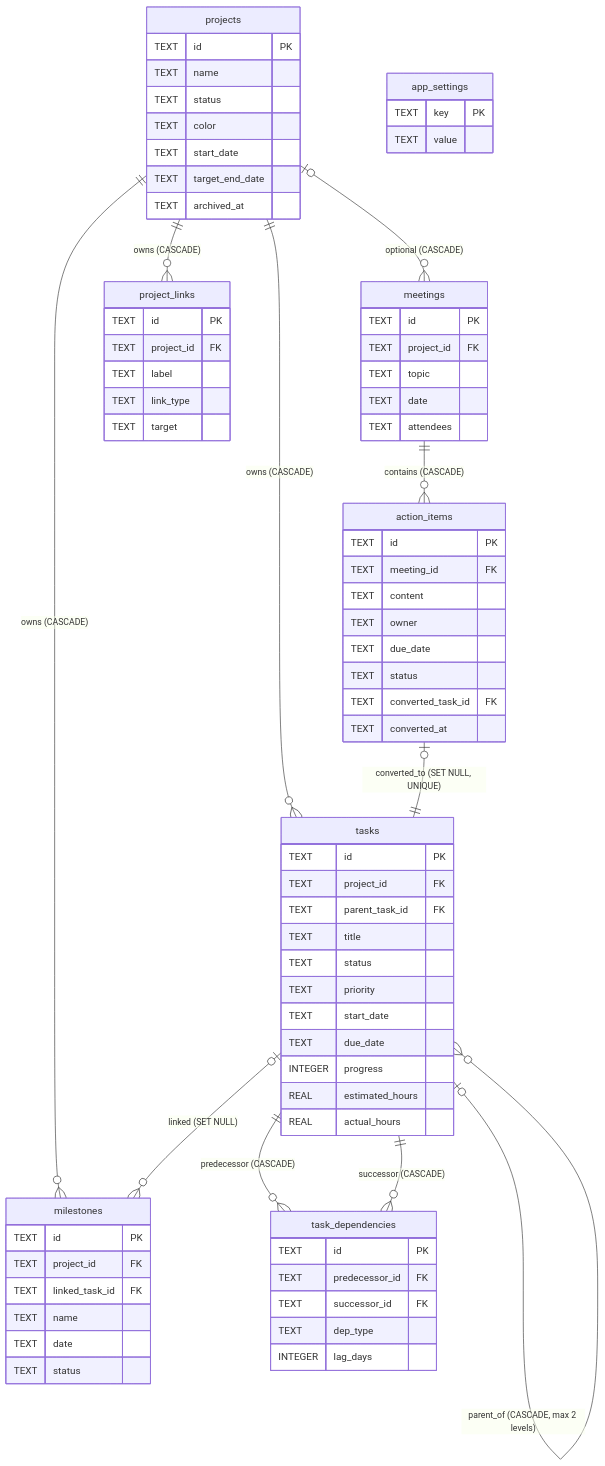
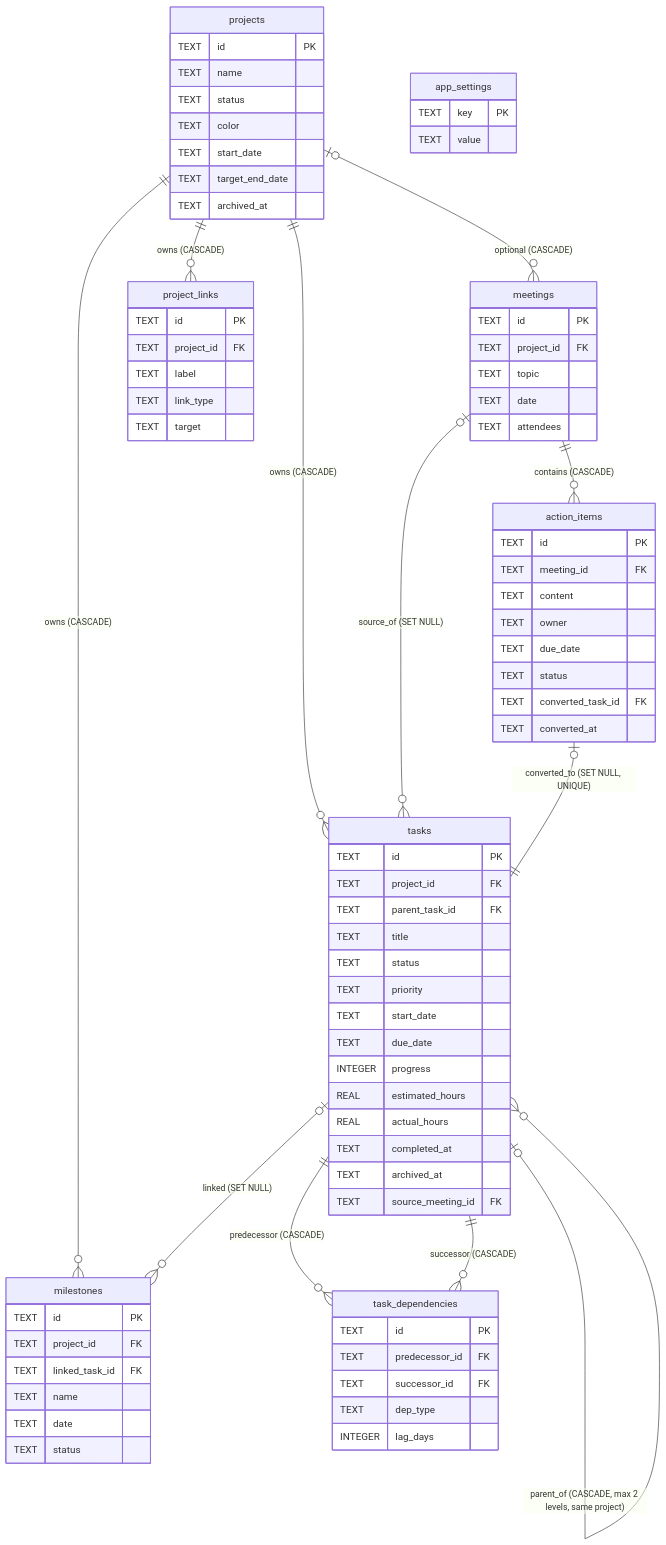
Before and after one commit to RuninL/ProjectPilot: the diagram in docs/database-schema.md, drawn with Mermaid. The commit also changed other lines of this file and 63 other files, not shown here.

```diff
--- a/docs/database-schema.md
+++ b/docs/database-schema.md
@@ -178,7 +202,8 @@
   projects ||--o{ milestones : "owns (CASCADE)"
   projects |o--o{ meetings : "optional (CASCADE)"
   projects ||--o{ project_links : "owns (CASCADE)"
-  tasks |o--o{ tasks : "parent_of (CASCADE, max 2 levels)"
+  tasks |o--o{ tasks : "parent_of (CASCADE, max 2 levels, same project)"
+  meetings |o--o{ tasks : "source_of (SET NULL)"
   tasks ||--o{ task_dependencies : "predecessor (CASCADE)"
   tasks ||--o{ task_dependencies : "successor (CASCADE)"
   tasks |o--o{ milestones : "linked (SET NULL)"
@@ -206,6 +231,9 @@
     INTEGER progress
     REAL estimated_hours
     REAL actual_hours
+    TEXT completed_at
+    TEXT archived_at
+    TEXT source_meeting_id FK
   }
   task_dependencies {
     TEXT id PK
```
